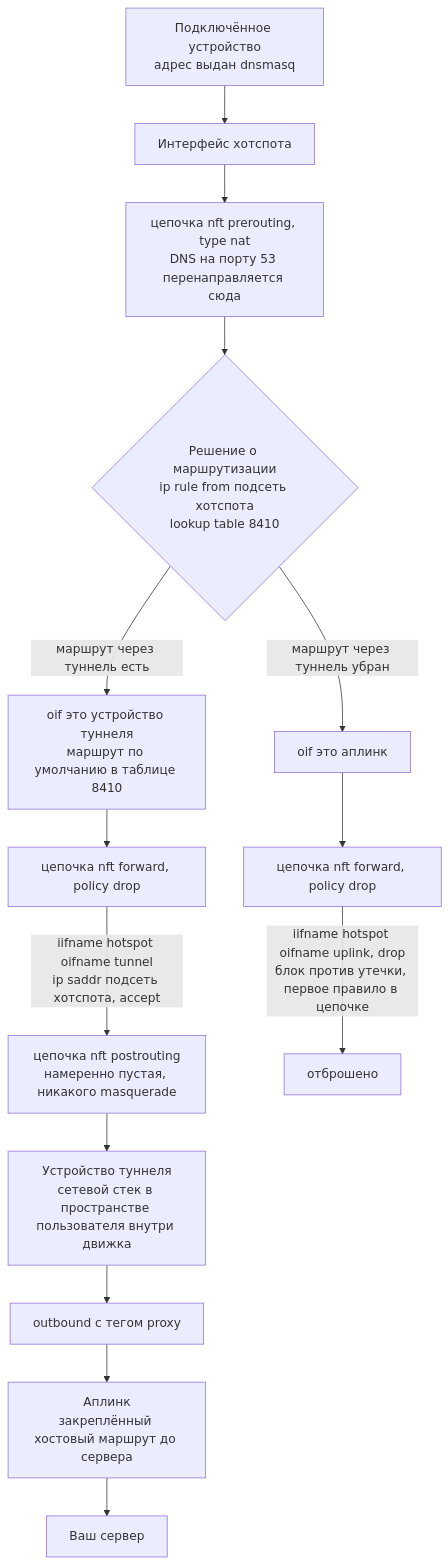
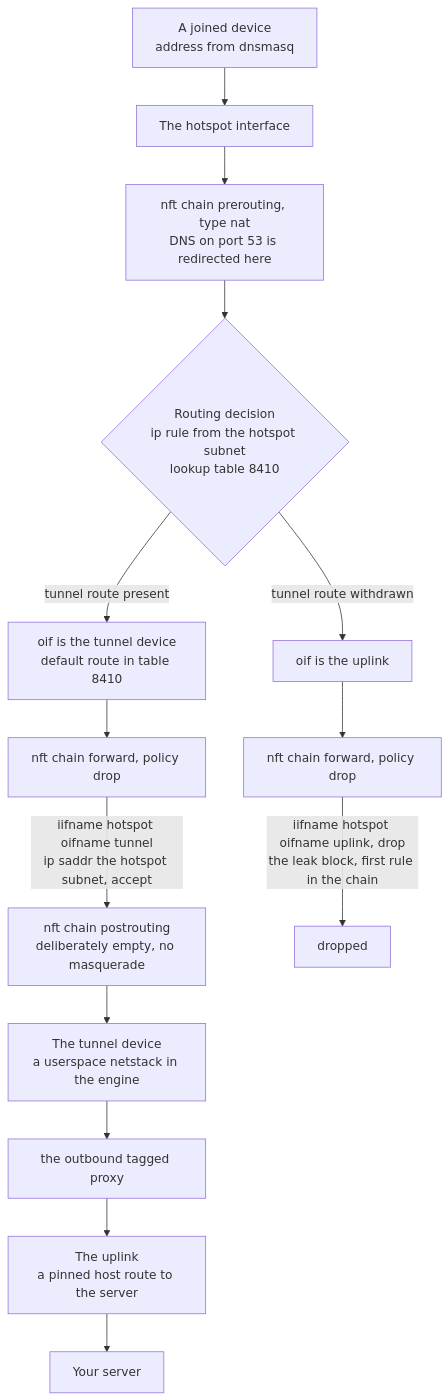
The fifth of 8 diagrams in docs/wiki/Architecture.ru.md (Iman/caspian), drawn with Mermaid before and after one commit. The commit also changed other lines of this file and 149 other files, not shown here.

````diff
--- a/docs/wiki/Architecture.ru.md
+++ b/docs/wiki/Architecture.ru.md
@@ -230,16 +232,16 @@
 ```mermaid
 flowchart TB
-    DEV["Подключённое устройство<br/>адрес выдан dnsmasq"] --> IF["Интерфейс хотспота"]
-    IF --> PRE["цепочка nft prerouting, type nat<br/>DNS на порту 53 перенаправляется сюда"]
-    PRE --> ROUTE{"Решение о маршрутизации<br/>ip rule from подсеть хотспота<br/>lookup table 8410"}
-    ROUTE -->|"маршрут через туннель есть"| TOTUN["oif это устройство туннеля<br/>маршрут по умолчанию в таблице 8410"]
-    ROUTE -->|"маршрут через туннель убран"| TOUP["oif это аплинк"]
-    TOTUN --> FW1["цепочка nft forward, policy drop"]
-    TOUP --> FW2["цепочка nft forward, policy drop"]
-    FW1 -->|"iifname hotspot oifname tunnel<br/>ip saddr подсеть хотспота, accept"| POST["цепочка nft postrouting<br/>намеренно пустая, никакого masquerade"]
-    FW2 -->|"iifname hotspot oifname uplink, drop<br/>блок против утечки, первое правило в цепочке"| DROP["отброшено"]
-    POST --> TUN["Устройство туннеля<br/>сетевой стек в пространстве пользователя внутри движка"]
-    TUN --> OB["outbound с тегом proxy"]
-    OB --> UP["Аплинк<br/>закреплённый хостовый маршрут до сервера"]
-    UP --> SRV["Ваш сервер"]
+    DEV["A joined device<br/>address from dnsmasq"] --> IF["The hotspot interface"]
+    IF --> PRE["nft chain prerouting, type nat<br/>DNS on port 53 is redirected here"]
+    PRE --> ROUTE{"Routing decision<br/>ip rule from the hotspot subnet<br/>lookup table 8410"}
+    ROUTE -->|"tunnel route present"| TOTUN["oif is the tunnel device<br/>default route in table 8410"]
+    ROUTE -->|"tunnel route withdrawn"| TOUP["oif is the uplink"]
+    TOTUN --> FW1["nft chain forward, policy drop"]
+    TOUP --> FW2["nft chain forward, policy drop"]
+    FW1 -->|"iifname hotspot oifname tunnel<br/>ip saddr the hotspot subnet, accept"| POST["nft chain postrouting<br/>deliberately empty, no masquerade"]
+    FW2 -->|"iifname hotspot oifname uplink, drop<br/>the leak block, first rule in the chain"| DROP["dropped"]
+    POST --> TUN["The tunnel device<br/>a userspace netstack in the engine"]
+    TUN --> OB["the outbound tagged proxy"]
+    OB --> UP["The uplink<br/>a pinned host route to the server"]
+    UP --> SRV["Your server"]
 ```
````
